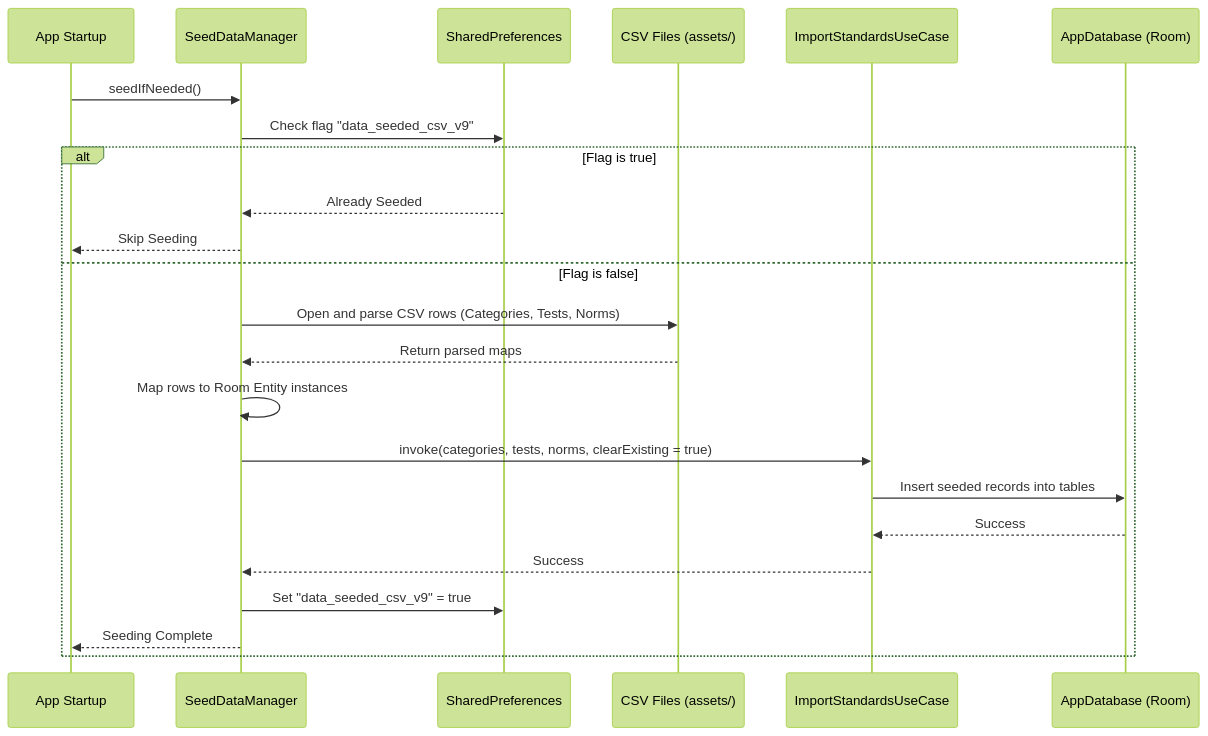
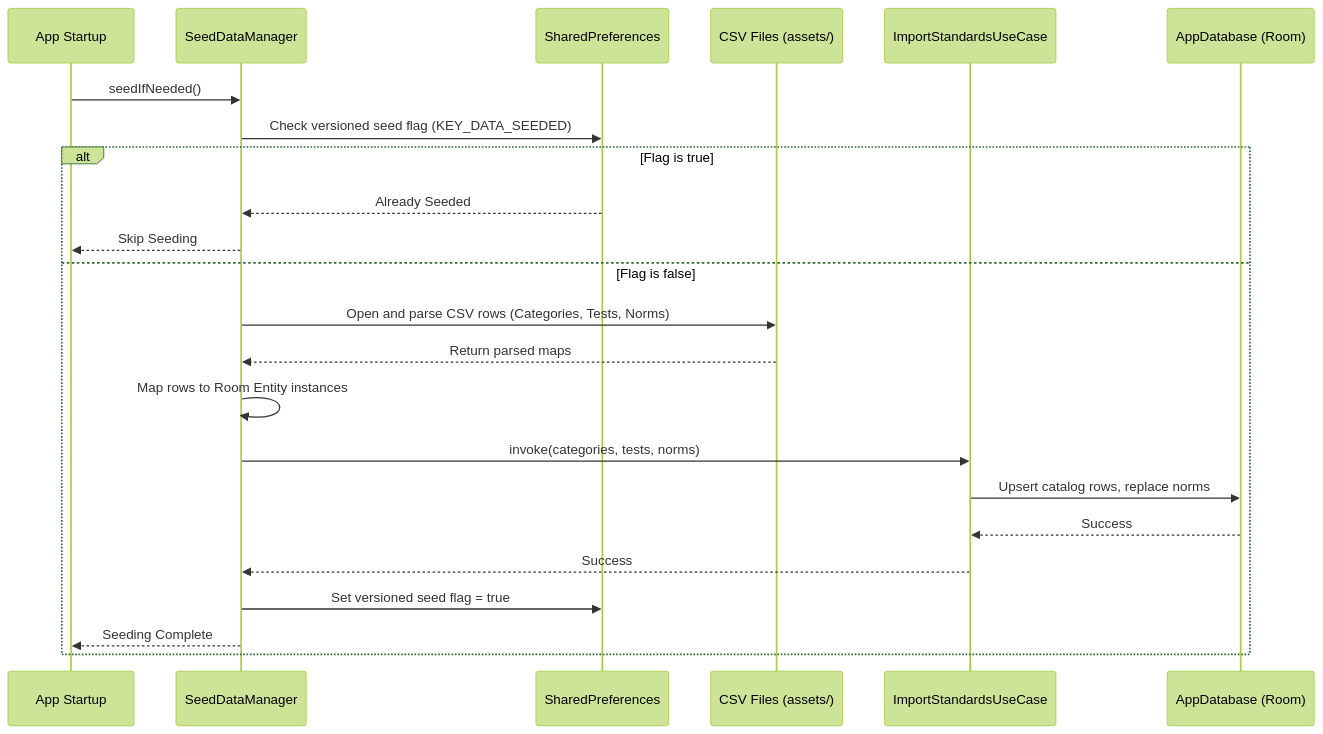
The first of 4 diagrams in DEVELOPMENT_CONTEXT.md (vamshigunda-star/Alearning), drawn with Mermaid (forest theme) before and after one commit. The commit also changed other lines of this file and 15 other files, not shown here.

````diff
--- a/DEVELOPMENT_CONTEXT.md
+++ b/DEVELOPMENT_CONTEXT.md
@@ -117,26 +118,26 @@
 ```mermaid
 sequenceDiagram
     participant App as App Startup
     participant SDM as SeedDataManager
     participant Prefs as SharedPreferences
     participant CSV as CSV Files (assets/)
     participant UC as ImportStandardsUseCase
     participant DB as AppDatabase (Room)
 
     App->>SDM: seedIfNeeded()
-    SDM->>Prefs: Check flag "data_seeded_csv_v9"
+    SDM->>Prefs: Check versioned seed flag (KEY_DATA_SEEDED)
     alt Flag is true
         Prefs-->>SDM: Already Seeded
         SDM-->>App: Skip Seeding
     else Flag is false
         SDM->>CSV: Open and parse CSV rows (Categories, Tests, Norms)
         CSV-->>SDM: Return parsed maps
         SDM->>SDM: Map rows to Room Entity instances
-        SDM->>UC: invoke(categories, tests, norms, clearExisting = true)
-        UC->>DB: Insert seeded records into tables
+        SDM->>UC: invoke(categories, tests, norms)
+        UC->>DB: Upsert catalog rows, replace norms
         DB-->>UC: Success
         UC-->>SDM: Success
-        SDM->>Prefs: Set "data_seeded_csv_v9" = true
+        SDM->>Prefs: Set versioned seed flag = true
         SDM-->>App: Seeding Complete
     end
 ```
````
